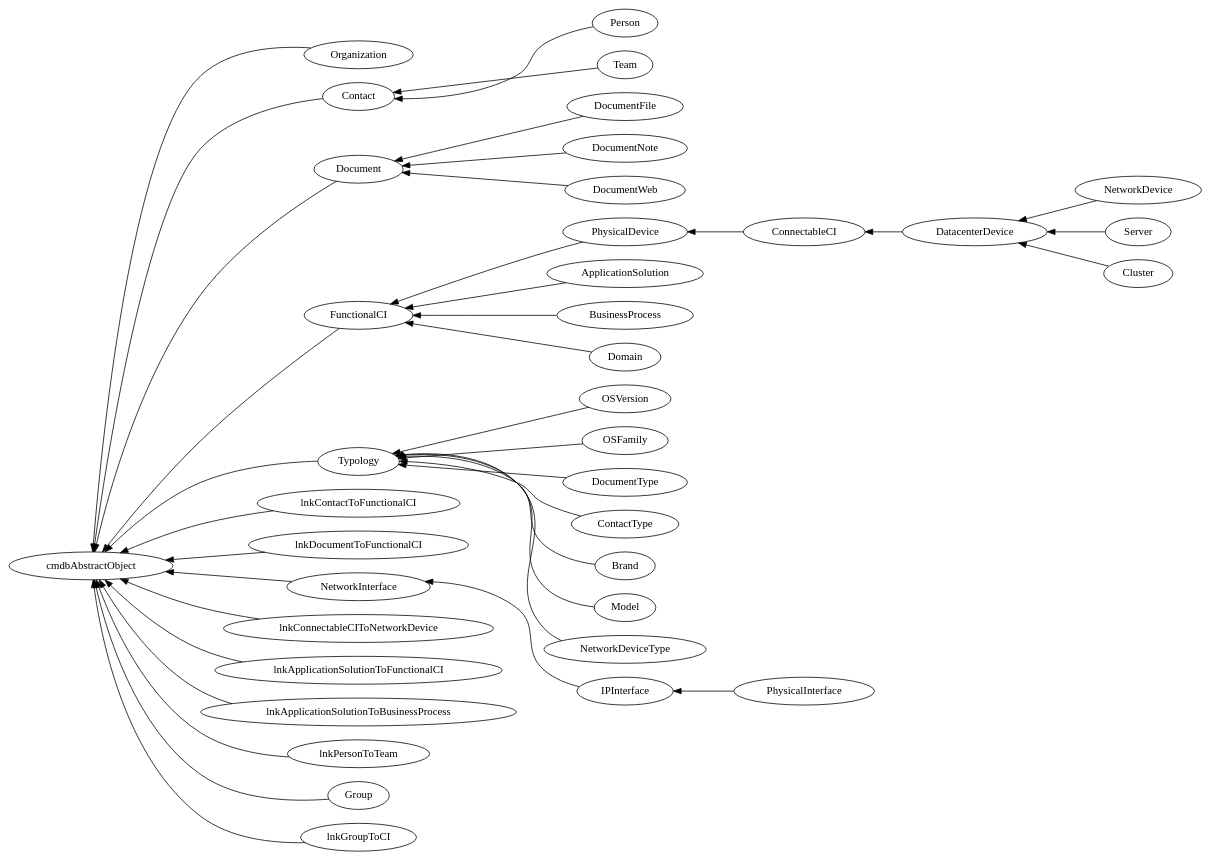
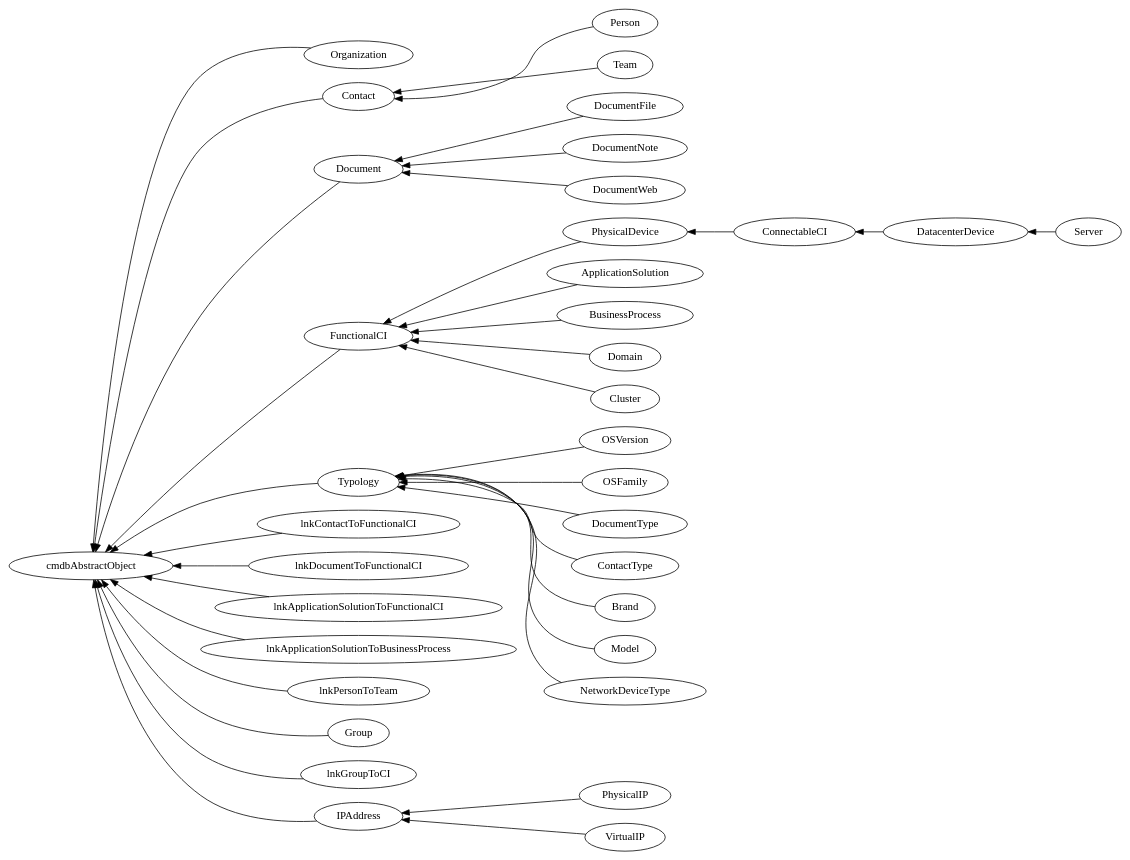
Before and after one commit to ops-itop/itop-extensions: the diagram in itop.dot, drawn with Graphviz. The commit also changed 4 other files, not shown here.

```diff
--- a/itop.dot
+++ b/itop.dot
@@ -1,40 +1,38 @@
 digraph G{
 rankdir=RL
 Organization->cmdbAbstractObject
 Contact->cmdbAbstractObject
 Person->Contact
 Team->Contact
 Document->cmdbAbstractObject
 DocumentFile->Document
 DocumentNote->Document
 DocumentWeb->Document
 FunctionalCI->cmdbAbstractObject
 PhysicalDevice->FunctionalCI
 ConnectableCI->PhysicalDevice
 DatacenterDevice->ConnectableCI
-NetworkDevice->DatacenterDevice
 Server->DatacenterDevice
 ApplicationSolution->FunctionalCI
 BusinessProcess->FunctionalCI
 Typology->cmdbAbstractObject
 OSVersion->Typology
 OSFamily->Typology
 DocumentType->Typology
 ContactType->Typology
 Brand->Typology
 Model->Typology
 NetworkDeviceType->Typology
 lnkContactToFunctionalCI->cmdbAbstractObject
 lnkDocumentToFunctionalCI->cmdbAbstractObject
-NetworkInterface->cmdbAbstractObject
-IPInterface->NetworkInterface
-PhysicalInterface->IPInterface
-lnkConnectableCIToNetworkDevice->cmdbAbstractObject
 lnkApplicationSolutionToFunctionalCI->cmdbAbstractObject
 lnkApplicationSolutionToBusinessProcess->cmdbAbstractObject
 lnkPersonToTeam->cmdbAbstractObject
 Group->cmdbAbstractObject
 lnkGroupToCI->cmdbAbstractObject
+IPAddress->cmdbAbstractObject
+PhysicalIP->IPAddress
+VirtualIP->IPAddress
 Domain->FunctionalCI
-Cluster->DatacenterDevice
+Cluster->FunctionalCI
 }
```
